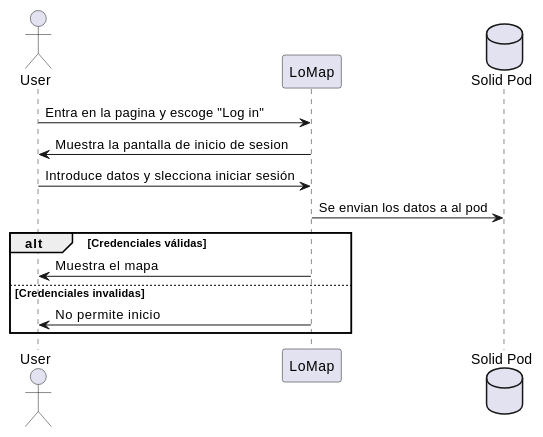
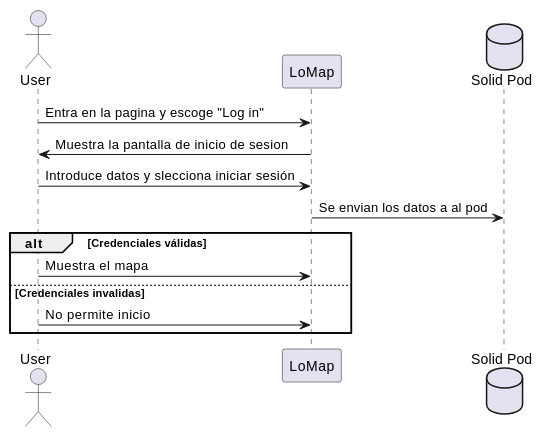
Before and after one commit to Arquisoft/lomap_es4c: the second of 8 diagrams in docs/06_runtime_view.adoc, drawn with PlantUML. The commit also changed other lines of this file, not shown here.

```diff
--- a/docs/06_runtime_view.adoc
+++ b/docs/06_runtime_view.adoc
@@ -51,16 +51,16 @@
 [plantuml, "Iniciar sesón", png]
 ----
 actor "User" as user
 participant "LoMap" as LoMap
 database "Solid Pod" as pod
 
 user->LoMap: Entra en la pagina y escoge "Log in"
 LoMap->user: Muestra la pantalla de inicio de sesion
 user->LoMap: Introduce datos y slecciona iniciar sesión
 LoMap->pod: Se envian los datos a al pod
 alt Credenciales válidas
-    LoMap->user: Muestra el mapa
+    LoMap<-user: Muestra el mapa
 else Credenciales invalidas
-    LoMap->user: No permite inicio
+    LoMap<-user: No permite inicio
 end
 ----
```
